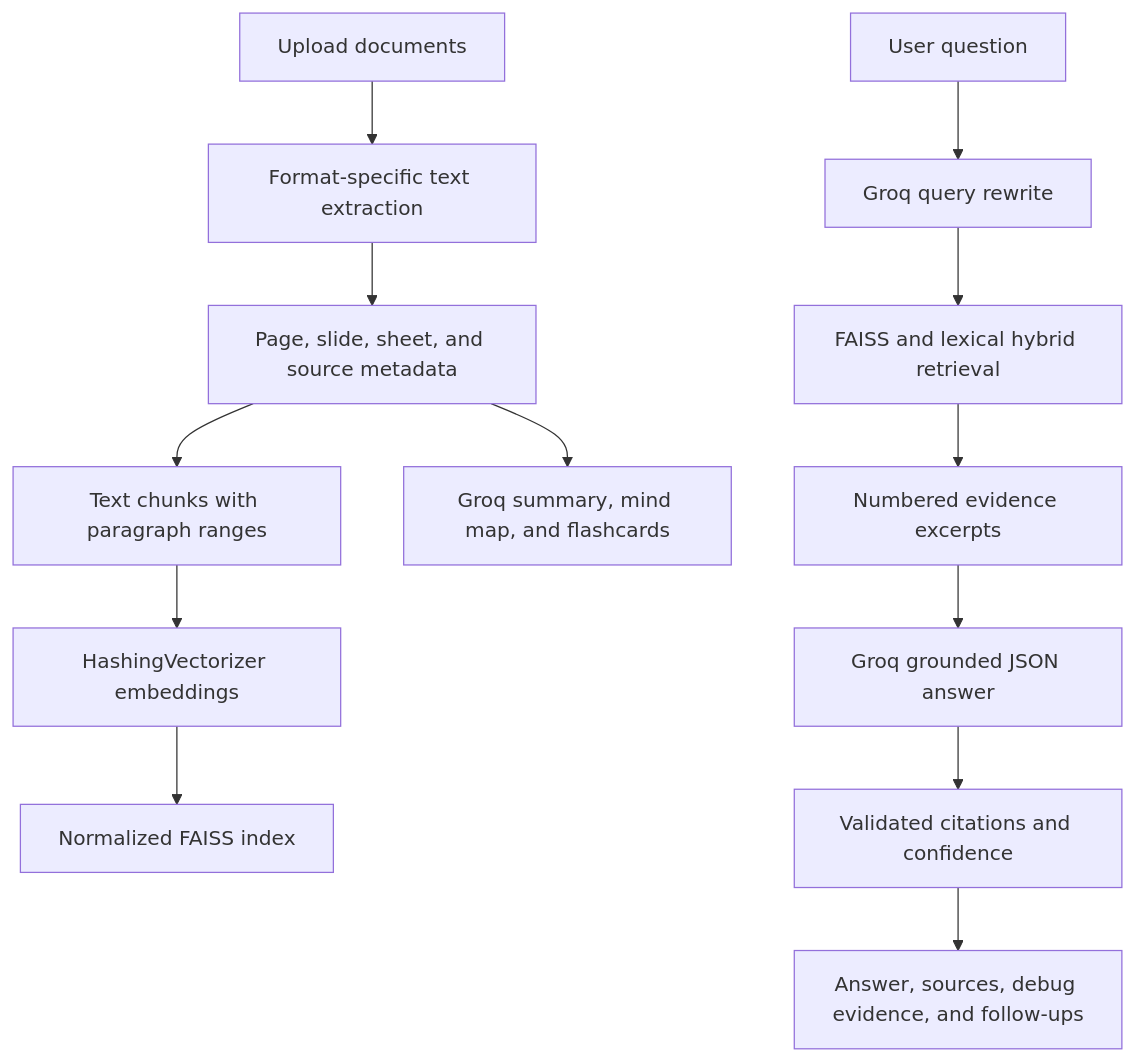
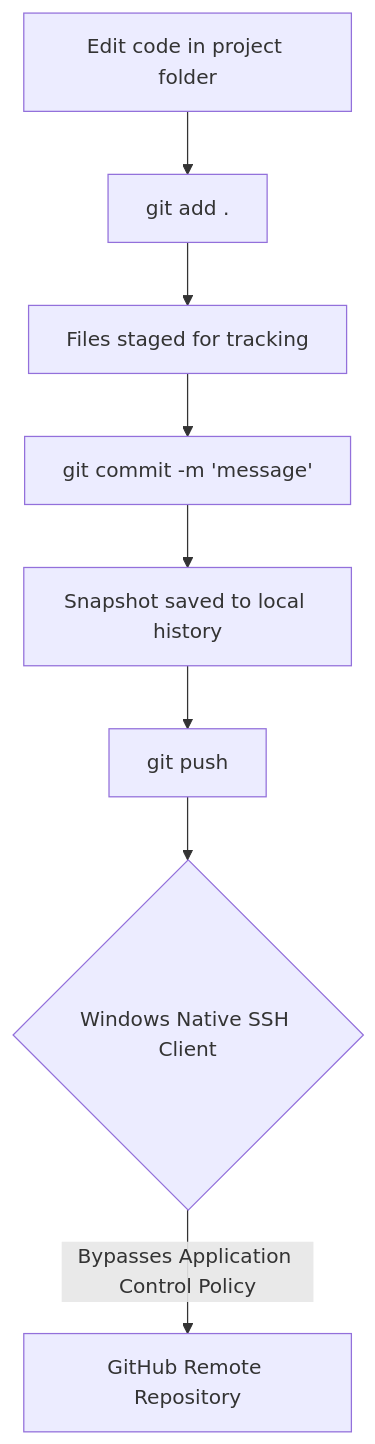
Before and after one commit to nitishanaga/Smart-Document-Assistant2: the diagram in README.md, drawn with Mermaid.

Commit message:
Update flowchart in README with git commands

````diff
--- a/README.md
+++ b/README.md
@@ -29,15 +29,10 @@
 ```mermaid
 flowchart TD
-    A[Upload documents] --> B[Format-specific text extraction]
-    B --> C[Page, slide, sheet, and source metadata]
-    C --> D[Text chunks with paragraph ranges]
-    D --> E[HashingVectorizer embeddings]
-    E --> F[Normalized FAISS index]
-    G[User question] --> H[Groq query rewrite]
-    H --> I[FAISS and lexical hybrid retrieval]
-    I --> J[Numbered evidence excerpts]
-    J --> K[Groq grounded JSON answer]
-    K --> L[Validated citations and confidence]
-    L --> M[Answer, sources, debug evidence, and follow-ups]
-    C --> N[Groq summary, mind map, and flashcards]
+    A[Edit code in project folder] --> B[git add .]
+    B --> C[Files staged for tracking]
+    C --> D[git commit -m 'message']
+    D --> E[Snapshot saved to local history]
+    E --> F[git push]
+    F --> G{Windows Native SSH Client}
+    G -->|Bypasses Application Control Policy| H[GitHub Remote Repository]
 ```
````
